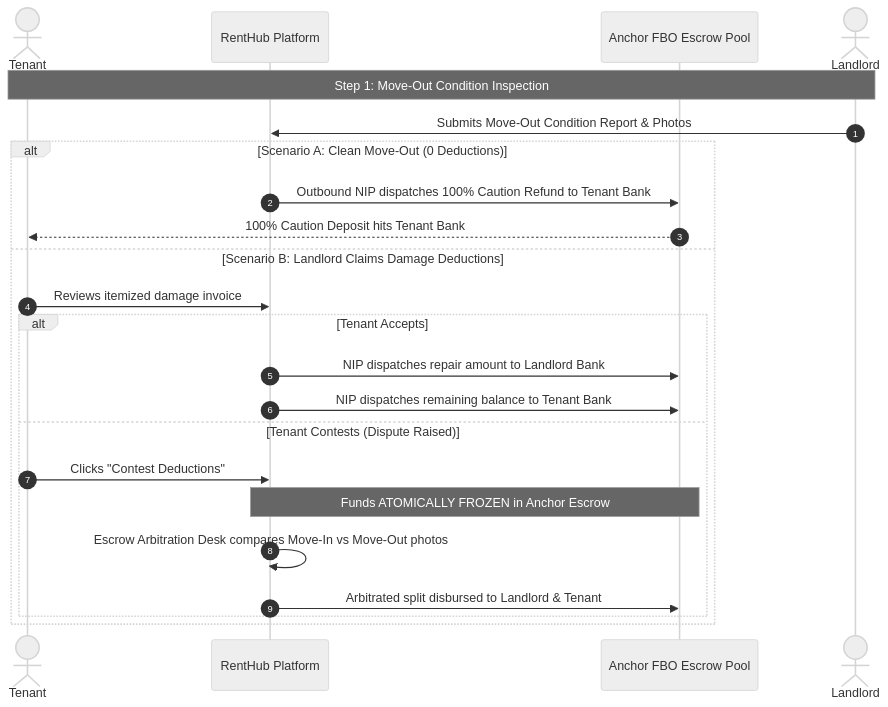
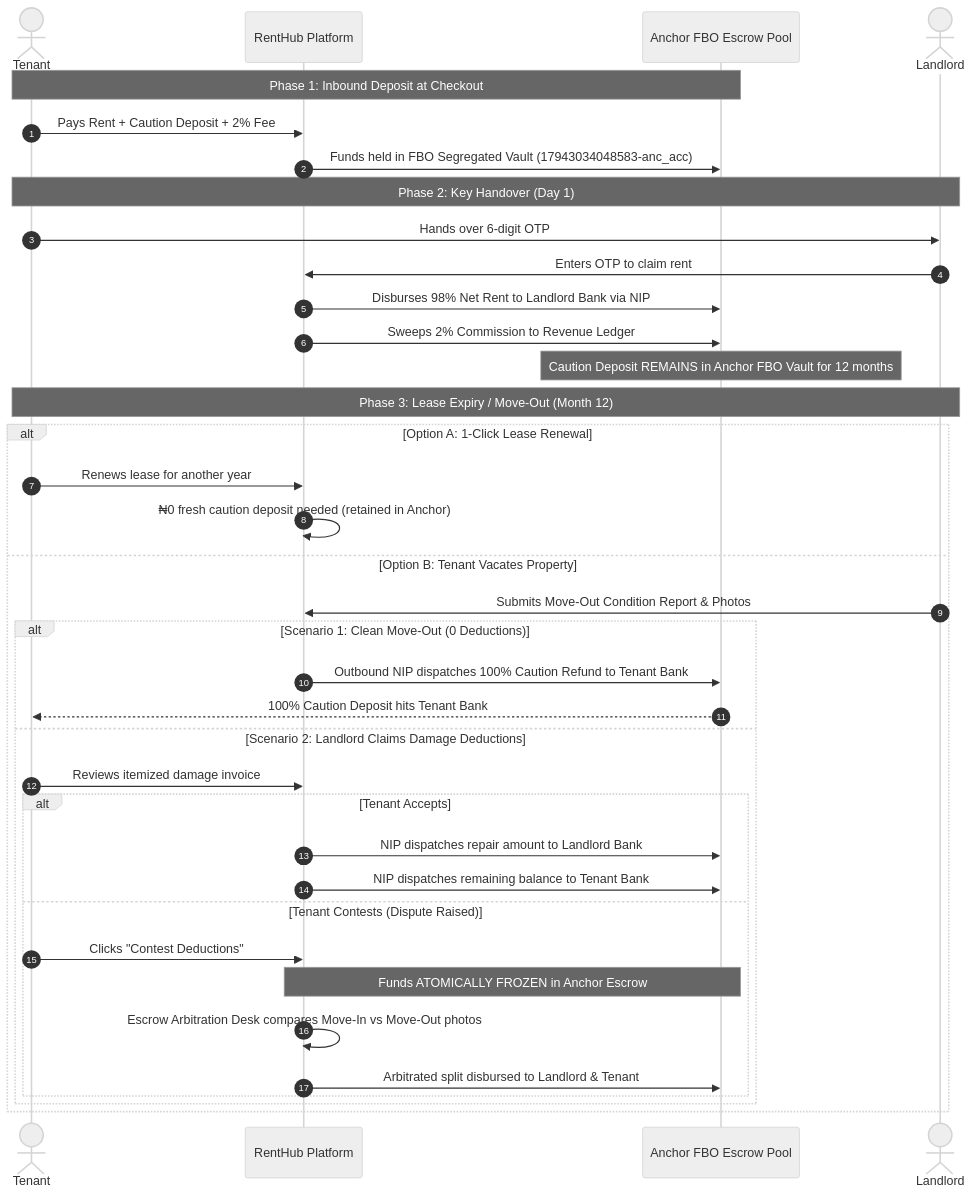
The second of 2 diagrams in myDocs/anchor/ANCHOR_ESCROW_E2E_TESTING_GUIDE.md (handyharz/renthub), drawn with Mermaid (neutral theme) before and after one commit. The commit also changed other lines of this file, not shown here.

Commit message:
docs: enrich caution deposit lifecycle with definitions, comparative moat table, and granular dispute arbitration steps

````diff
--- a/myDocs/anchor/ANCHOR_ESCROW_E2E_TESTING_GUIDE.md
+++ b/myDocs/anchor/ANCHOR_ESCROW_E2E_TESTING_GUIDE.md
@@ -234,26 +259,42 @@
 ```mermaid
 sequenceDiagram
     autonumber
     actor Tenant
     participant RentHub as RentHub Platform
     participant Anchor as Anchor FBO Escrow Pool
     actor Landlord
 
-    Note over Tenant,Landlord: Step 1: Move-Out Condition Inspection
-    Landlord->>RentHub: Submits Move-Out Condition Report & Photos
-    alt Scenario A: Clean Move-Out (0 Deductions)
-        RentHub->>Anchor: Outbound NIP dispatches 100% Caution Refund to Tenant Bank
-        Anchor-->>Tenant: 100% Caution Deposit hits Tenant Bank
-    else Scenario B: Landlord Claims Damage Deductions
-        Tenant->>RentHub: Reviews itemized damage invoice
-        alt Tenant Accepts
-            RentHub->>Anchor: NIP dispatches repair amount to Landlord Bank
-            RentHub->>Anchor: NIP dispatches remaining balance to Tenant Bank
-        else Tenant Contests (Dispute Raised)
-            Tenant->>RentHub: Clicks "Contest Deductions"
-            Note over RentHub,Anchor: Funds ATOMICALLY FROZEN in Anchor Escrow
-            RentHub->>RentHub: Escrow Arbitration Desk compares Move-In vs Move-Out photos
-            RentHub->>Anchor: Arbitrated split disbursed to Landlord & Tenant
+    Note over Tenant,Anchor: Phase 1: Inbound Deposit at Checkout
+    Tenant->>RentHub: Pays Rent + Caution Deposit + 2% Fee
+    RentHub->>Anchor: Funds held in FBO Segregated Vault (17943034048583-anc_acc)
+
+    Note over Tenant,Landlord: Phase 2: Key Handover (Day 1)
+    Tenant->>Landlord: Hands over 6-digit OTP
+    Landlord->>RentHub: Enters OTP to claim rent
+    RentHub->>Anchor: Disburses 98% Net Rent to Landlord Bank via NIP
+    RentHub->>Anchor: Sweeps 2% Commission to Revenue Ledger
+    Note over Anchor: Caution Deposit REMAINS in Anchor FBO Vault for 12 months
+
+    Note over Tenant,Landlord: Phase 3: Lease Expiry / Move-Out (Month 12)
+    alt Option A: 1-Click Lease Renewal
+        Tenant->>RentHub: Renews lease for another year
+        RentHub->>RentHub: ₦0 fresh caution deposit needed (retained in Anchor)
+    else Option B: Tenant Vacates Property
+        Landlord->>RentHub: Submits Move-Out Condition Report & Photos
+        alt Scenario 1: Clean Move-Out (0 Deductions)
+            RentHub->>Anchor: Outbound NIP dispatches 100% Caution Refund to Tenant Bank
+            Anchor-->>Tenant: 100% Caution Deposit hits Tenant Bank
+        else Scenario 2: Landlord Claims Damage Deductions
+            Tenant->>RentHub: Reviews itemized damage invoice
+            alt Tenant Accepts
+                RentHub->>Anchor: NIP dispatches repair amount to Landlord Bank
+                RentHub->>Anchor: NIP dispatches remaining balance to Tenant Bank
+            else Tenant Contests (Dispute Raised)
+                Tenant->>RentHub: Clicks "Contest Deductions"
+                Note over RentHub,Anchor: Funds ATOMICALLY FROZEN in Anchor Escrow
+                RentHub->>RentHub: Escrow Arbitration Desk compares Move-In vs Move-Out photos
+                RentHub->>Anchor: Arbitrated split disbursed to Landlord & Tenant
+            end
         end
     end
 ```
````
